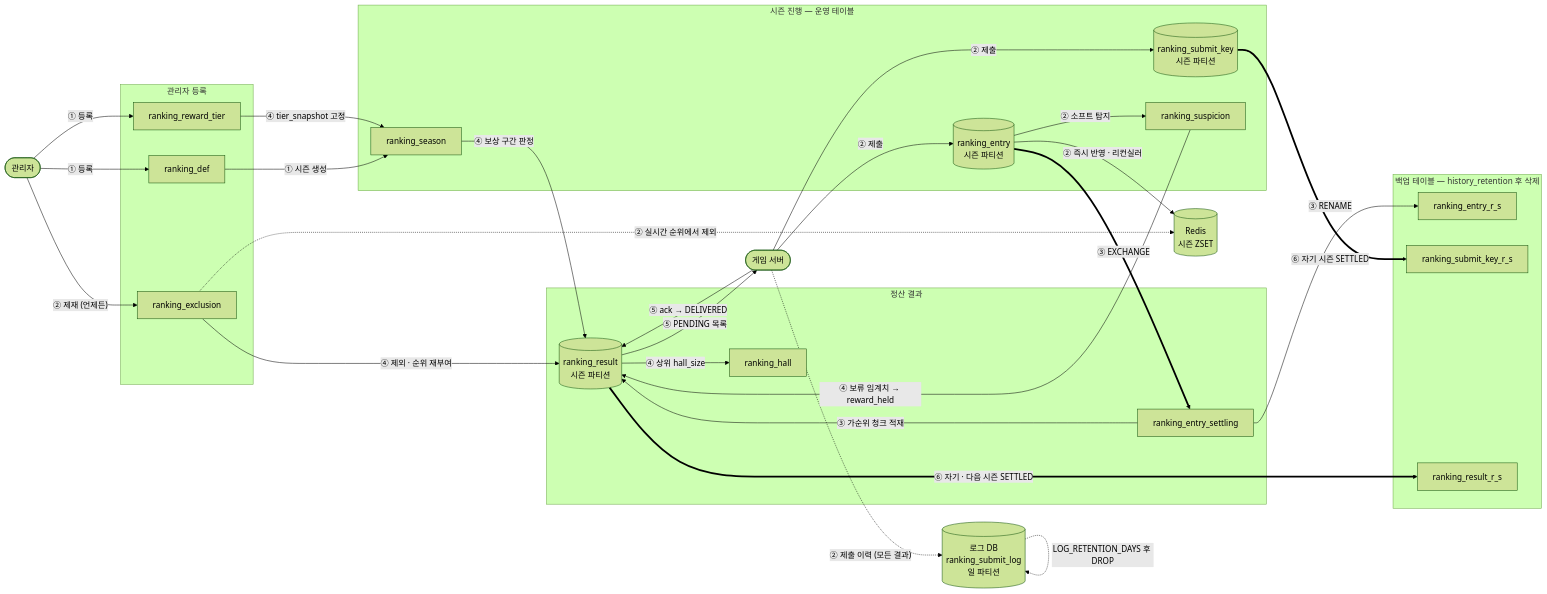
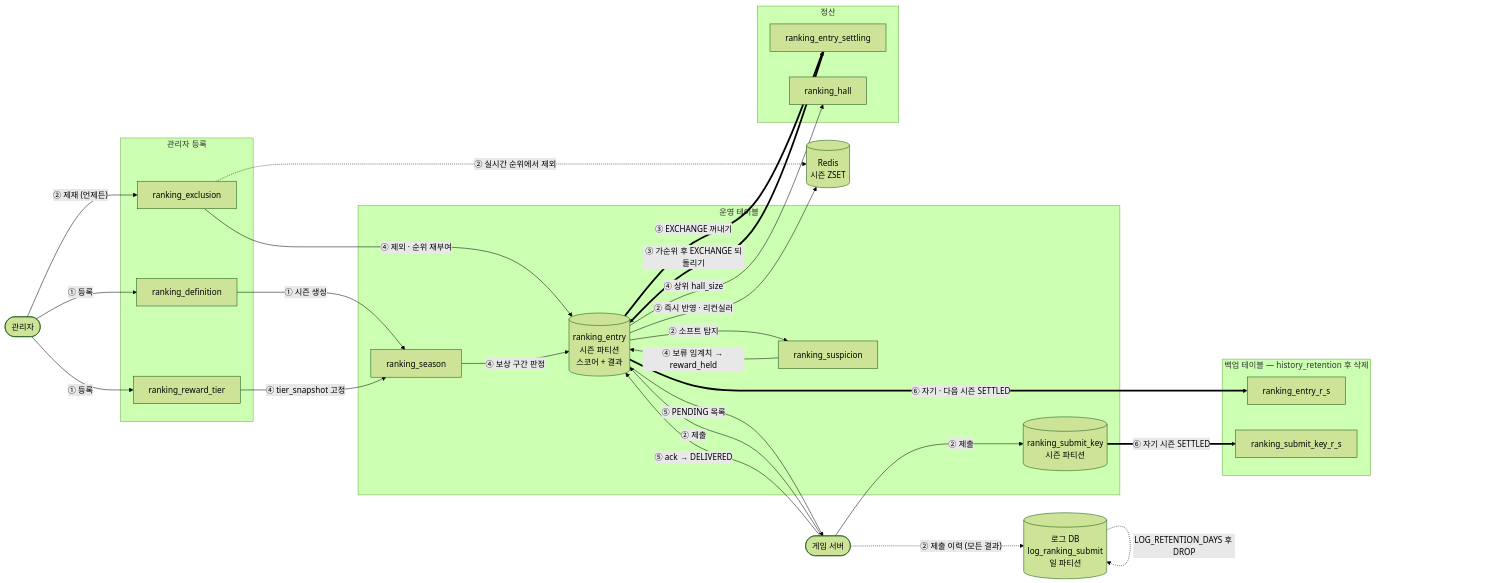
The fifth of 6 diagrams in docs/04_SCHEMA.md (trisakion0500/podium-de), drawn with Mermaid (forest theme) before and after one commit. The commit also changed other lines of this file and 18 other files, not shown here.

````diff
--- a/docs/04_SCHEMA.md
+++ b/docs/04_SCHEMA.md
@@ -244,55 +236,52 @@
 ```mermaid
 flowchart LR
     GM([관리자])
     GS([게임 서버])
 
     subgraph ADMIN[관리자 등록]
-        DEF[ranking_def]
+        DEF[ranking_definition]
         TIER[ranking_reward_tier]
         EXC[ranking_exclusion]
     end
 
-    subgraph LIVE[시즌 진행 — 운영 테이블]
+    subgraph LIVE[운영 테이블]
         SEA[ranking_season]
         KEY[("ranking_submit_key<br/>시즌 파티션")]
-        ENT[("ranking_entry<br/>시즌 파티션")]
+        ENT[("ranking_entry<br/>시즌 파티션<br/>스코어 + 결과")]
         SUS[ranking_suspicion]
     end
 
     RD[("Redis<br/>시즌 ZSET")]
-    SLOG[("로그 DB<br/>ranking_submit_log<br/>일 파티션")]
+    SLOG[("로그 DB<br/>log_ranking_submit<br/>일 파티션")]
 
-    subgraph RESULT[정산 결과]
+    subgraph RESULT[정산]
         STL[ranking_entry_settling]
-        RES[("ranking_result<br/>시즌 파티션")]
         HALL[ranking_hall]
     end
 
     subgraph BACKUP[백업 테이블 — history_retention 후 삭제]
         EB[ranking_entry_r_s]
         KB[ranking_submit_key_r_s]
-        RB[ranking_result_r_s]
     end
 
     GM -- "① 등록" --> DEF & TIER
     DEF -- "① 시즌 생성" --> SEA
     GS -- "② 제출" --> KEY & ENT
     GS -. "② 제출 이력 (모든 결과)" .-> SLOG
     SLOG -. "LOG_RETENTION_DAYS 후 DROP" .-> SLOG
     ENT -- "② 즉시 반영 · 리컨실러" --> RD
     ENT -- "② 소프트 탐지" --> SUS
     GM -- "② 제재 (언제든)" --> EXC
     EXC -. "② 실시간 순위에서 제외" .-> RD
-    ENT == "③ EXCHANGE" ==> STL
-    STL -- "③ 가순위 청크 적재" --> RES
-    STL -- "③ RENAME" --> EB
+    ENT == "③ EXCHANGE 꺼내기" ==> STL
+    STL == "③ 가순위 후 EXCHANGE 되돌리기" ==> ENT
     TIER -- "④ tier_snapshot 고정" --> SEA
-    EXC -- "④ 제외 · 순위 재부여" --> RES
-    SEA -- "④ 보상 구간 판정" --> RES
-    SUS -- "④ 보류 임계치 → reward_held" --> RES
-    RES -- "④ 상위 hall_size" --> HALL
-    RES -- "⑤ PENDING 목록" --> GS
-    GS -- "⑤ ack → DELIVERED" --> RES
+    EXC -- "④ 제외 · 순위 재부여" --> ENT
+    SEA -- "④ 보상 구간 판정" --> ENT
+    SUS -- "④ 보류 임계치 → reward_held" --> ENT
+    ENT -- "④ 상위 hall_size" --> HALL
+    ENT -- "⑤ PENDING 목록" --> GS
+    GS -- "⑤ ack → DELIVERED" --> ENT
     KEY == "⑥ 자기 시즌 SETTLED" ==> KB
-    RES == "⑥ 자기 · 다음 시즌 SETTLED" ==> RB
+    ENT == "⑥ 자기 · 다음 시즌 SETTLED" ==> EB
 ```
````
